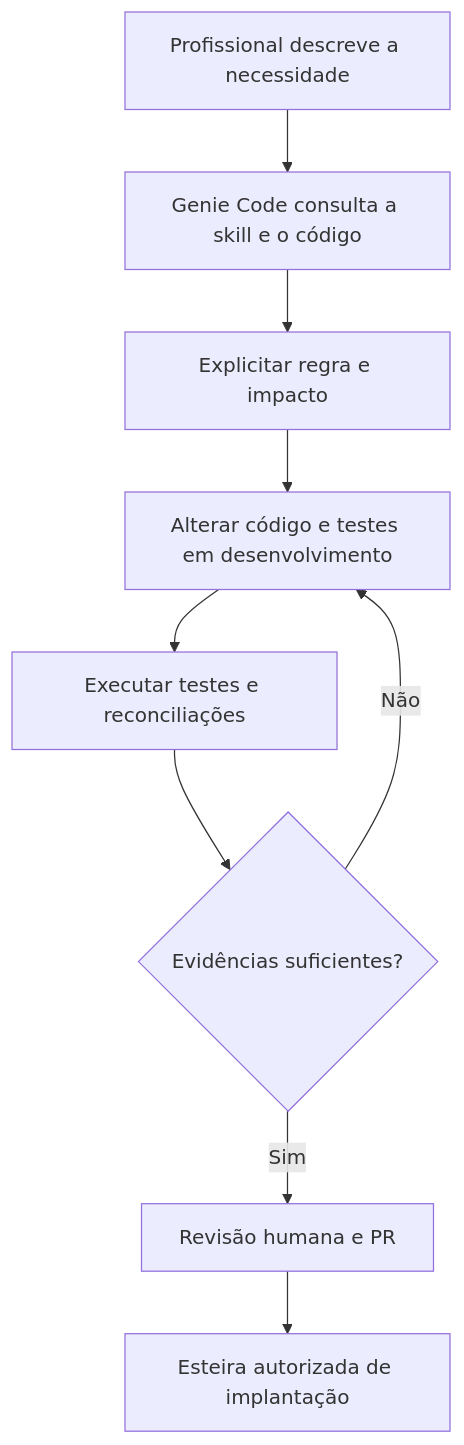
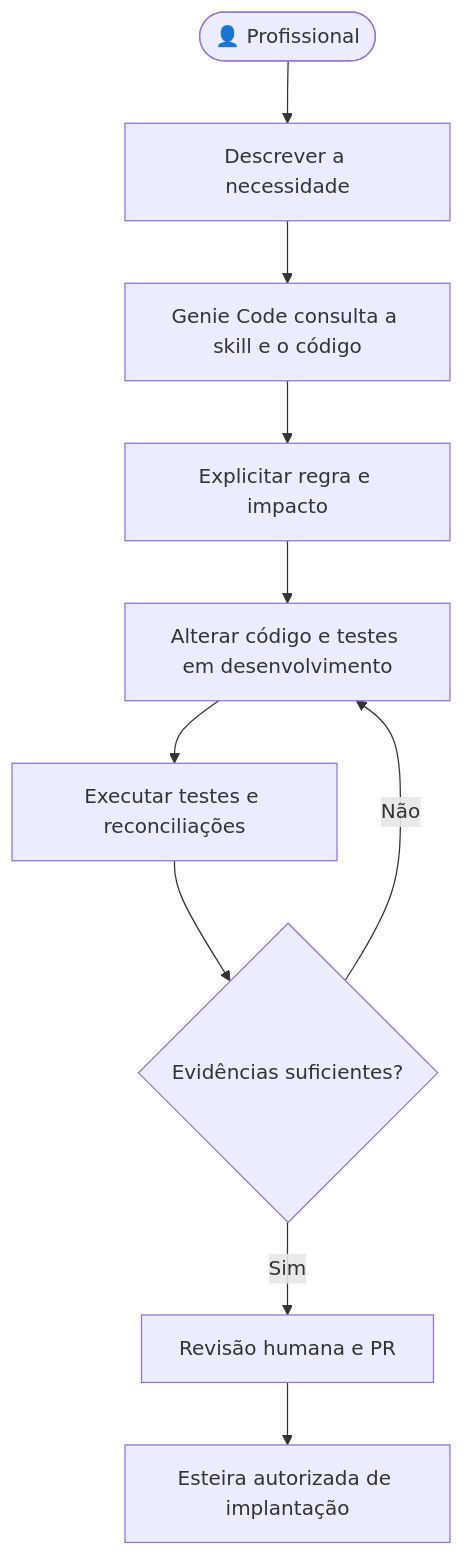
One commit to denisisikawa/business-science-lab changed the diagram in databricks-pipeline-template/docs/GENIE_CODE_HANDOVER.md. Above: the diagram before and after it, drawn with Mermaid. The commit also changed other lines of this file and 2 other files, not shown here.

Commit message:
docs: distinguish human actors with capsule shapes and person icons

````diff
--- a/databricks-pipeline-template/docs/GENIE_CODE_HANDOVER.md
+++ b/databricks-pipeline-template/docs/GENIE_CODE_HANDOVER.md
@@ -33,11 +33,12 @@
 ```mermaid
 flowchart TD
-    A[Profissional descreve a necessidade] --> B[Genie Code consulta a skill e o código]
+    P(["👤 Profissional"]) --> A[Descrever a necessidade]
+    A --> B[Genie Code consulta a skill e o código]
     B --> C[Explicitar regra e impacto]
     C --> D[Alterar código e testes em desenvolvimento]
     D --> E[Executar testes e reconciliações]
     E --> F{Evidências suficientes?}
     F -->|Não| D
     F -->|Sim| G[Revisão humana e PR]
     G --> H[Esteira autorizada de implantação]
 ```
````
